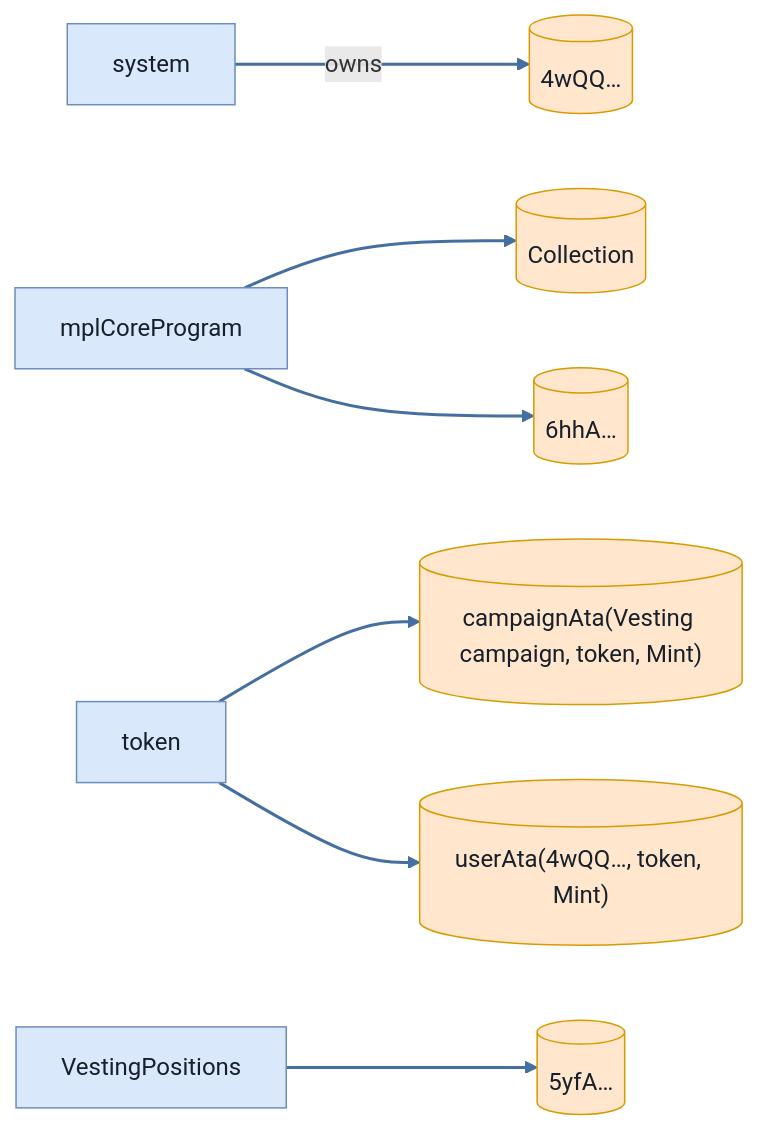
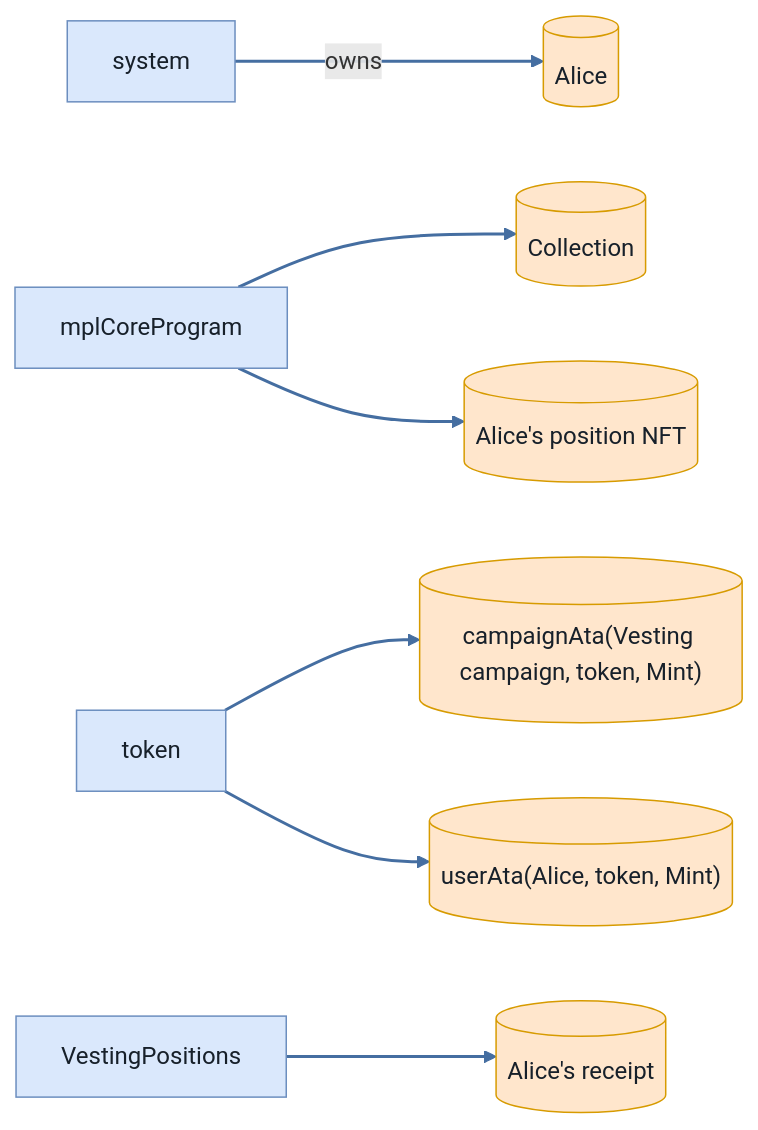
The ninth of 9 diagrams in babelfish-tests/test-report/scenario_1_alice_first_and_subsequent_claim.md (cds-turbin3/vesting-position), drawn with Mermaid before and after one commit. The commit also changed other lines of this file and 104 other files, not shown here.

````diff
--- a/babelfish-tests/test-report/scenario_1_alice_first_and_subsequent_claim.md
+++ b/babelfish-tests/test-report/scenario_1_alice_first_and_subsequent_claim.md
@@ -411,23 +411,23 @@
 ```mermaid
 flowchart LR
     system["system"]:::program
-    n4wQQ[("4wQQ…")]:::state
+    Alice[("Alice")]:::state
     mplCoreProgram["mplCoreProgram"]:::program
     Collection[("Collection")]:::state
     token["token"]:::program
     campaignAtaVestingcampaigntokenMint[("campaignAta(Vesting campaign, token, Mint)")]:::state
-    userAta4wQQtokenMint[("userAta(4wQQ…, token, Mint)")]:::state
-    n6hhA[("6hhA…")]:::state
+    userAtaAlicetokenMint[("userAta(Alice, token, Mint)")]:::state
+    AlicespositionNFT[("Alice's position NFT")]:::state
     VestingPositions["VestingPositions"]:::program
-    n5yfA[("5yfA…")]:::state
-    system -->|owns| n4wQQ
+    Alicesreceipt[("Alice's receipt")]:::state
+    system -->|owns| Alice
     mplCoreProgram --> Collection
     token --> campaignAtaVestingcampaigntokenMint
-    token --> userAta4wQQtokenMint
-    mplCoreProgram --> n6hhA
-    VestingPositions --> n5yfA
+    token --> userAtaAlicetokenMint
+    mplCoreProgram --> AlicespositionNFT
+    VestingPositions --> Alicesreceipt
     classDef program fill:#dae8fc,stroke:#6c8ebf,color:#17202a;
     classDef signer fill:#d5e8d4,stroke:#82b366,color:#17202a;
     classDef state fill:#ffe6cc,stroke:#d79b00,color:#17202a;
     linkStyle 0,1,2,3,4,5 stroke:#456ea1,stroke-width:2px
 ```
````
